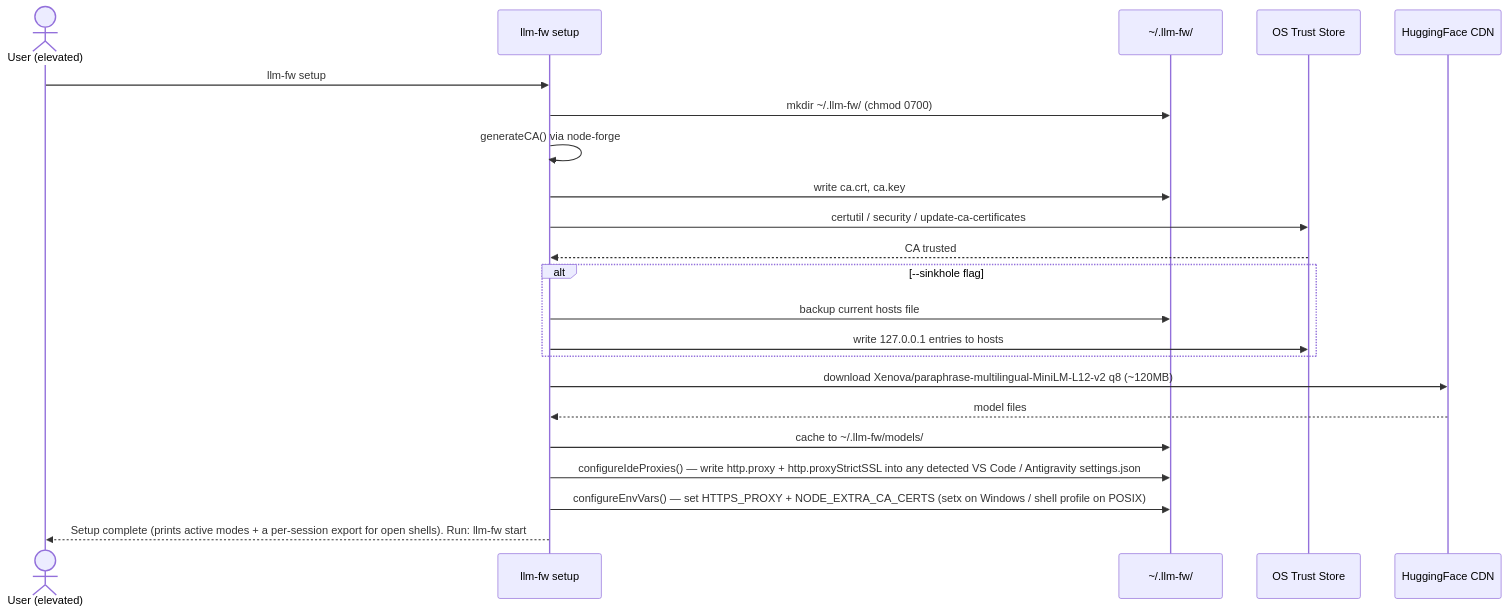
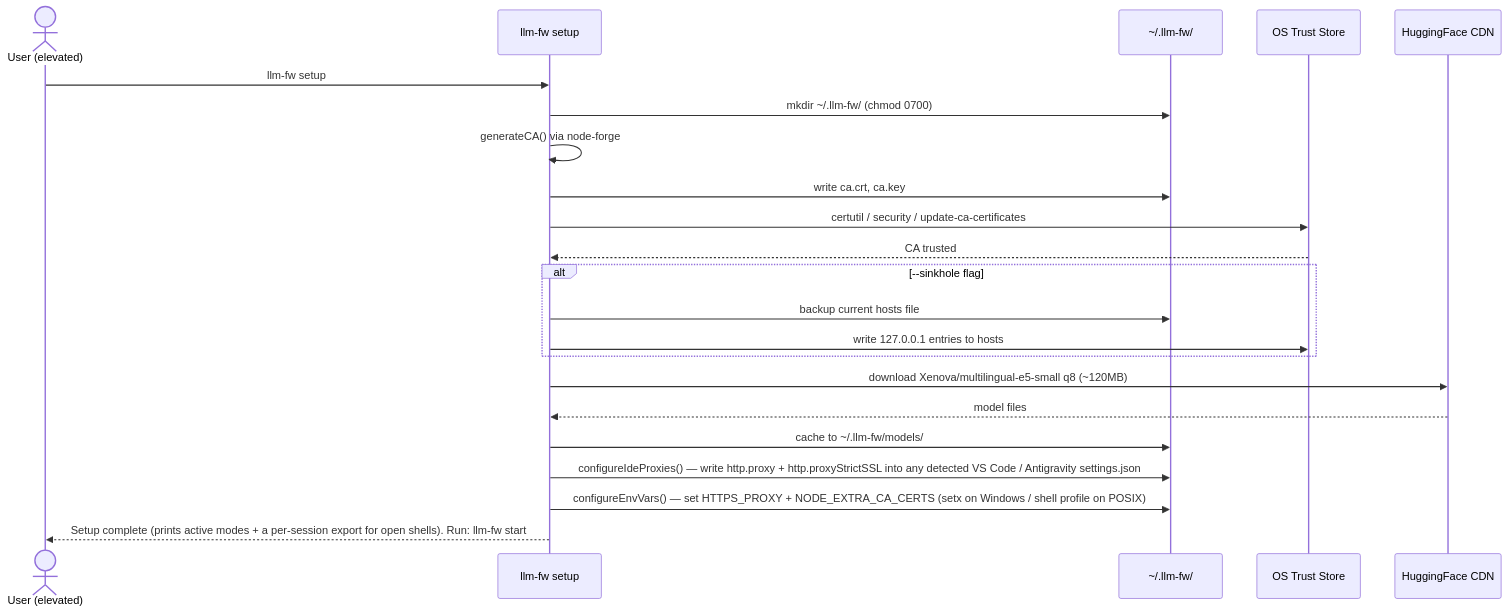
Before and after one commit to PIsberg/llm-fw: the eighth of 11 diagrams in docs/ARCHITECTURE.md, drawn with Mermaid. The commit also changed other lines of this file and 9 other files, not shown here.

````diff
--- a/docs/ARCHITECTURE.md
+++ b/docs/ARCHITECTURE.md
@@ -323,28 +323,28 @@
 ```mermaid
 sequenceDiagram
     actor U as User (elevated)
     participant CLI as llm-fw setup
     participant FS as ~/.llm-fw/
     participant OS as OS Trust Store
     participant HF as HuggingFace CDN
 
     U->>CLI: llm-fw setup
     CLI->>FS: mkdir ~/.llm-fw/ (chmod 0700)
     CLI->>CLI: generateCA() via node-forge
     CLI->>FS: write ca.crt, ca.key
     CLI->>OS: certutil / security / update-ca-certificates
     OS-->>CLI: CA trusted
 
     alt --sinkhole flag
         CLI->>FS: backup current hosts file
         CLI->>OS: write 127.0.0.1 entries to hosts
     end
 
-    CLI->>HF: download Xenova/paraphrase-multilingual-MiniLM-L12-v2 q8 (~120MB)
+    CLI->>HF: download Xenova/multilingual-e5-small q8 (~120MB)
     HF-->>CLI: model files
     CLI->>FS: cache to ~/.llm-fw/models/
 
     CLI->>FS: configureIdeProxies() — write http.proxy + http.proxyStrictSSL into any detected VS Code / Antigravity settings.json
     CLI->>FS: configureEnvVars() — set HTTPS_PROXY + NODE_EXTRA_CA_CERTS (setx on Windows / shell profile on POSIX)
     CLI-->>U: Setup complete (prints active modes + a per-session export for open shells). Run: llm-fw start
 ```
````
